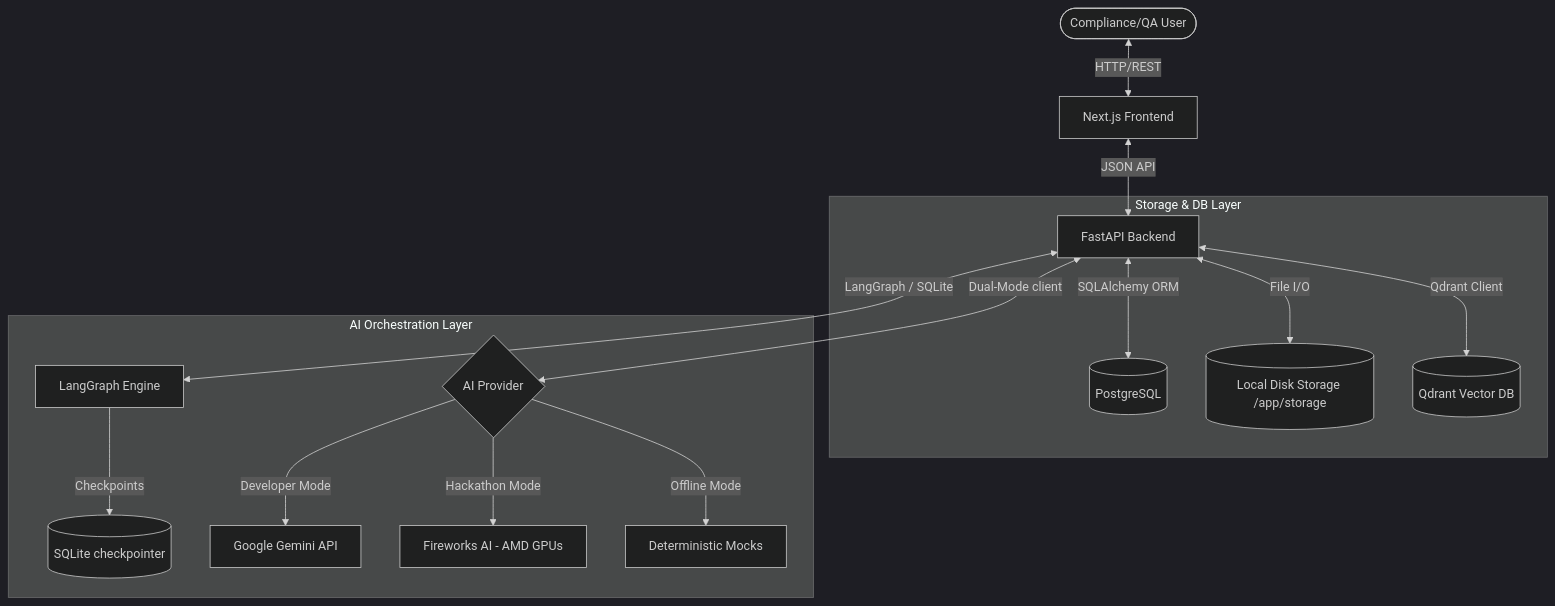
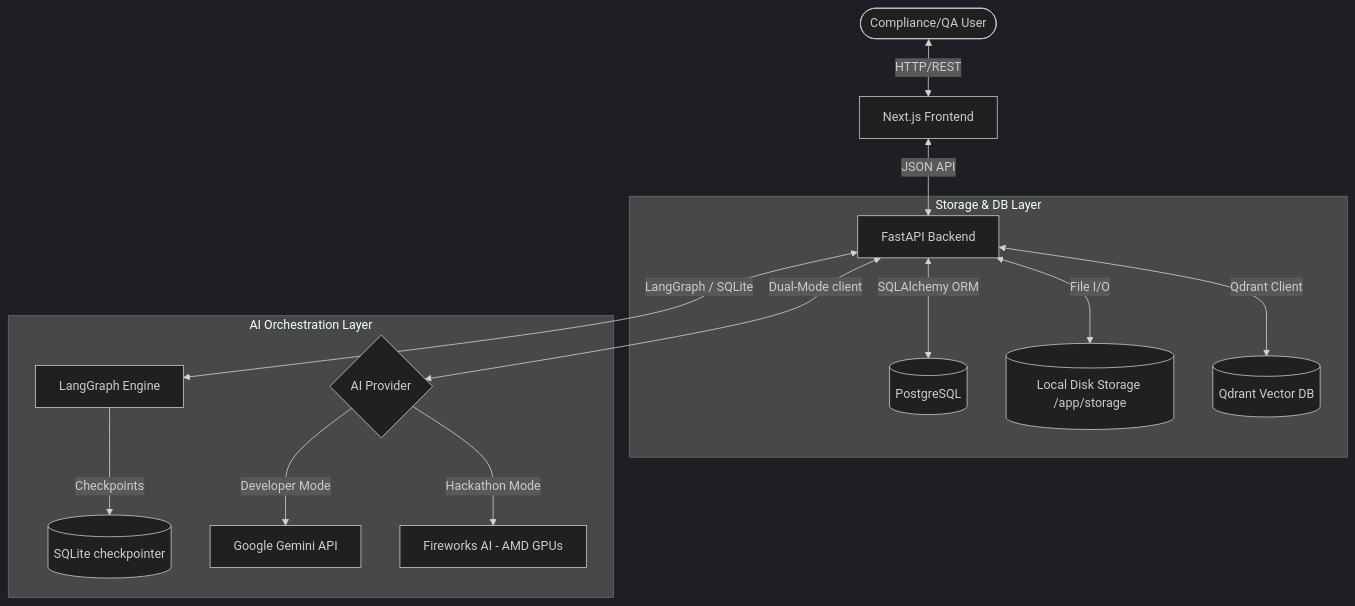
The first of 3 diagrams in README.md (dalrho/arex), drawn with Mermaid (dark theme) before and after one commit. The commit also changed other lines of this file, not shown here.

````diff
--- a/README.md
+++ b/README.md
@@ -87,20 +87,19 @@
 ```mermaid
 graph TD
     User([Compliance/QA User]) <--> |HTTP/REST| FE[Next.js Frontend]
     FE <--> |JSON API| BE[FastAPI Backend]
     
     subgraph Storage & DB Layer
         BE <--> |SQLAlchemy ORM| PG[(PostgreSQL)]
         BE <--> |File I/O| Disk[(Local Disk Storage /app/storage)]
         BE <--> |Qdrant Client| QD[(Qdrant Vector DB)]
     end
     
     subgraph AI Orchestration Layer
         BE <--> |LangGraph / SQLite| LG[LangGraph Engine]
         LG --> |Checkpoints| SQ[(SQLite checkpointer)]
         BE <--> |Dual-Mode client| LLM{AI Provider}
         LLM -->|Developer Mode| Gemini[Google Gemini API]
         LLM -->|Hackathon Mode| Fireworks[Fireworks AI - AMD GPUs]
-        LLM -->|Offline Mode| Mock[Deterministic Mocks]
     end
 ```
````
